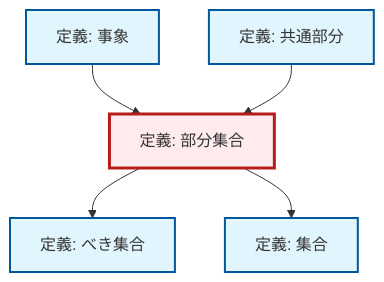
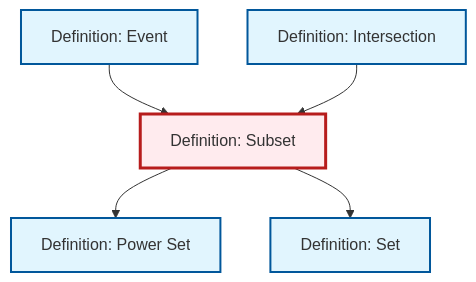
Before and after one commit to RK0429/ModernMath: the diagram in content/ja/logic-set-theory/def-subset.qmd, drawn with Mermaid. The commit also changed 203 other files, not shown here.

````diff
--- a/content/ja/logic-set-theory/def-subset.qmd
+++ b/content/ja/logic-set-theory/def-subset.qmd
@@ -50,24 +50,19 @@
 ```{mermaid}
-%%| fig-cap: "ローカル依存関係グラフ"
+%%| fig-cap: "Local dependency graph"
 graph TD
     classDef definition fill:#e1f5fe,stroke:#01579b,stroke-width:2px
     classDef theorem fill:#f3e5f5,stroke:#4a148c,stroke-width:2px
     classDef axiom fill:#fff3e0,stroke:#e65100,stroke-width:2px
     classDef example fill:#e8f5e9,stroke:#1b5e20,stroke-width:2px
     classDef current fill:#ffebee,stroke:#b71c1c,stroke-width:3px
-    def-power-set["定義: べき集合"]:::definition
-    def-event["定義: 事象"]:::definition
-    def-set["定義: 集合"]:::definition
-    def-subset["定義: 部分集合"]:::definition
-    def-intersection["定義: 共通部分"]:::definition
+    def-power-set["Definition: Power Set"]:::definition
+    def-event["Definition: Event"]:::definition
+    def-set["Definition: Set"]:::definition
+    def-subset["Definition: Subset"]:::definition
+    def-intersection["Definition: Intersection"]:::definition
     def-subset --> def-power-set
     def-event --> def-subset
     def-subset --> def-set
     def-intersection --> def-subset
     class def-subset current
-
-    click def-power-set "def-power-set.html" "Go to 定義: べき集合"
-    click def-event "def-event.html" "Go to 定義: 事象"
-    click def-set "def-set.html" "Go to 定義: 集合"
-    click def-intersection "def-intersection.html" "Go to 定義: 共通部分"
 ```
````
